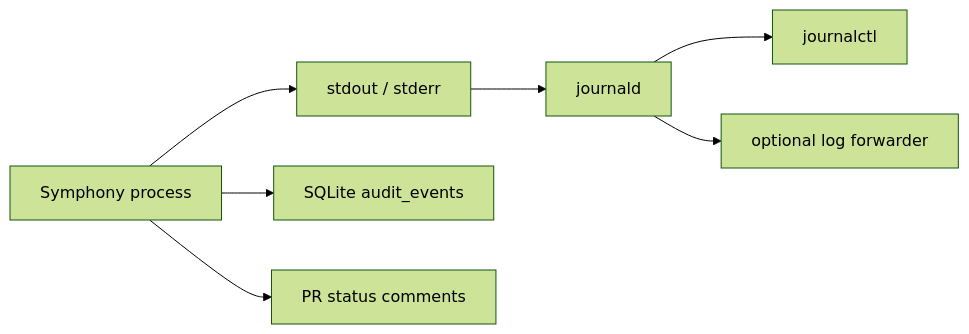
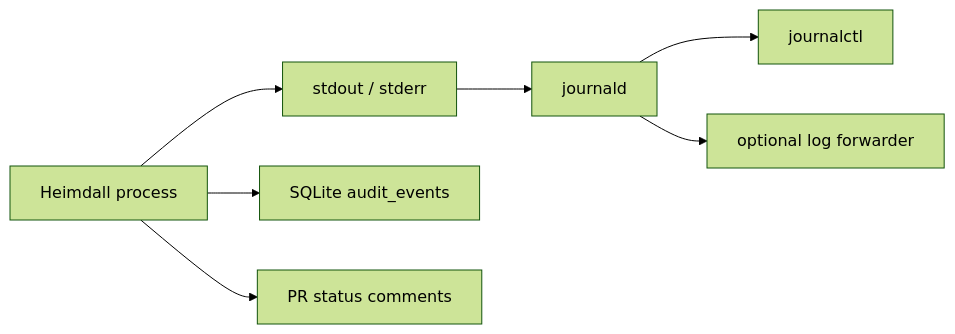
Before and after one commit to mngeow/heimdall: the diagram in docs/logging.md, drawn with Mermaid (forest theme). The commit also changed other lines of this file and 112 other files, not shown here.

````diff
--- a/docs/logging.md
+++ b/docs/logging.md
@@ -26,9 +26,9 @@
 ```mermaid
 flowchart LR
-    Symphony["Symphony process"] --> Streams["stdout / stderr"]
+    Heimdall["Heimdall process"] --> Streams["stdout / stderr"]
     Streams --> Journald["journald"]
     Journald --> Journalctl["journalctl"]
     Journald --> Forwarder["optional log forwarder"]
-    Symphony --> SQLite["SQLite audit_events"]
-    Symphony --> PR["PR status comments"]
+    Heimdall --> SQLite["SQLite audit_events"]
+    Heimdall --> PR["PR status comments"]
 ```
````
